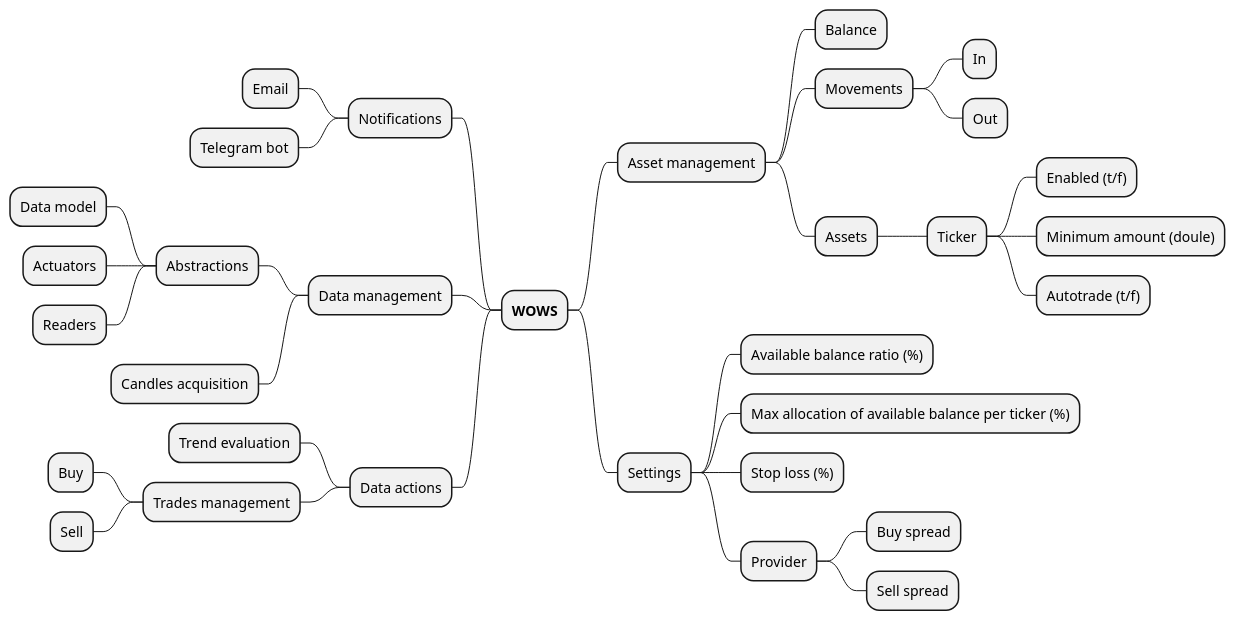
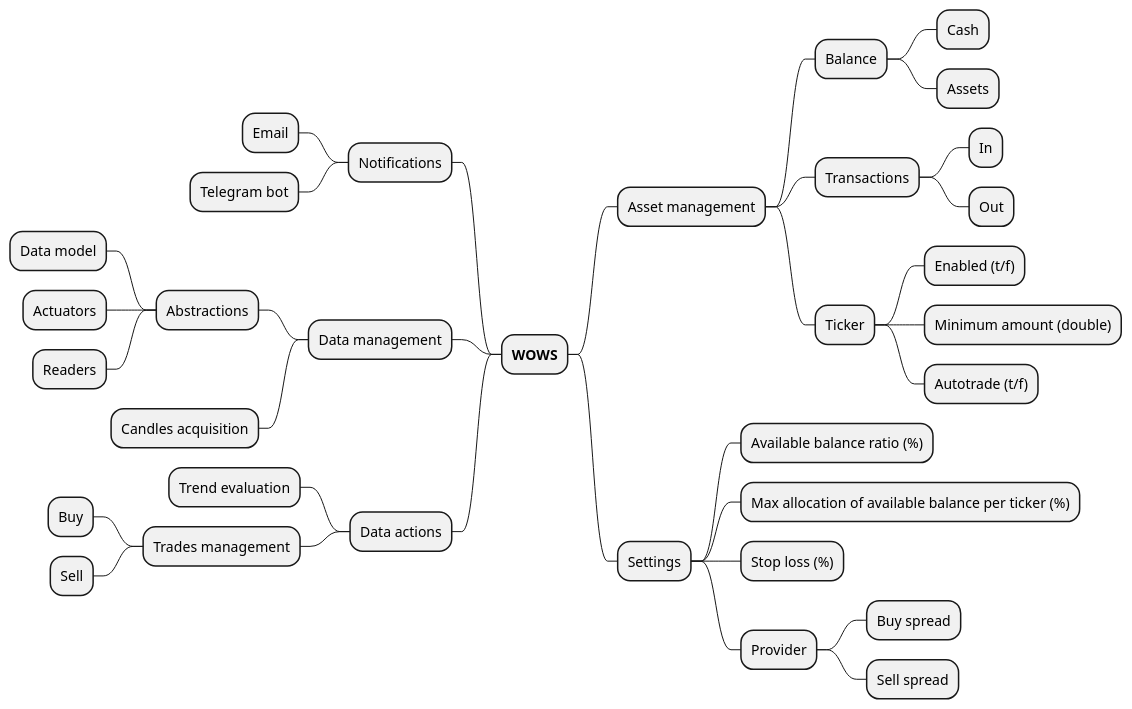
One commit to mastershadow/wows changed the diagram in docs/features.plantuml. Above: the diagram before and after it, drawn with PlantUML. The commit also changed 3 other files, not shown here.

```diff
--- a/docs/features.plantuml
+++ b/docs/features.plantuml
@@ -1,34 +1,35 @@
 @startmindmap features
 + **WOWS**
 ++ Asset management
 +++ Balance
-+++ Movements
+++++ Cash
+++++ Assets
++++ Transactions
 ++++ In
 ++++ Out
-+++ Assets
-++++ Ticker
-+++++ Enabled (t/f)
-+++++ Minimum amount (doule)
-+++++ Autotrade (t/f)
++++ Ticker
+++++ Enabled (t/f)
+++++ Minimum amount (double)
+++++ Autotrade (t/f)
 ++ Settings
 +++ Available balance ratio (%)
 +++ Max allocation of available balance per ticker (%)
 +++ Stop loss (%)
 +++ Provider
 ++++ Buy spread
 ++++ Sell spread
 -- Notifications
 --- Email
 --- Telegram bot
 -- Data management
 --- Abstractions
 ---- Data model
 ---- Actuators
 ---- Readers
 --- Candles acquisition
 -- Data actions
 --- Trend evaluation
 --- Trades management
 ---- Buy
 ---- Sell
 @endmindmap
```
